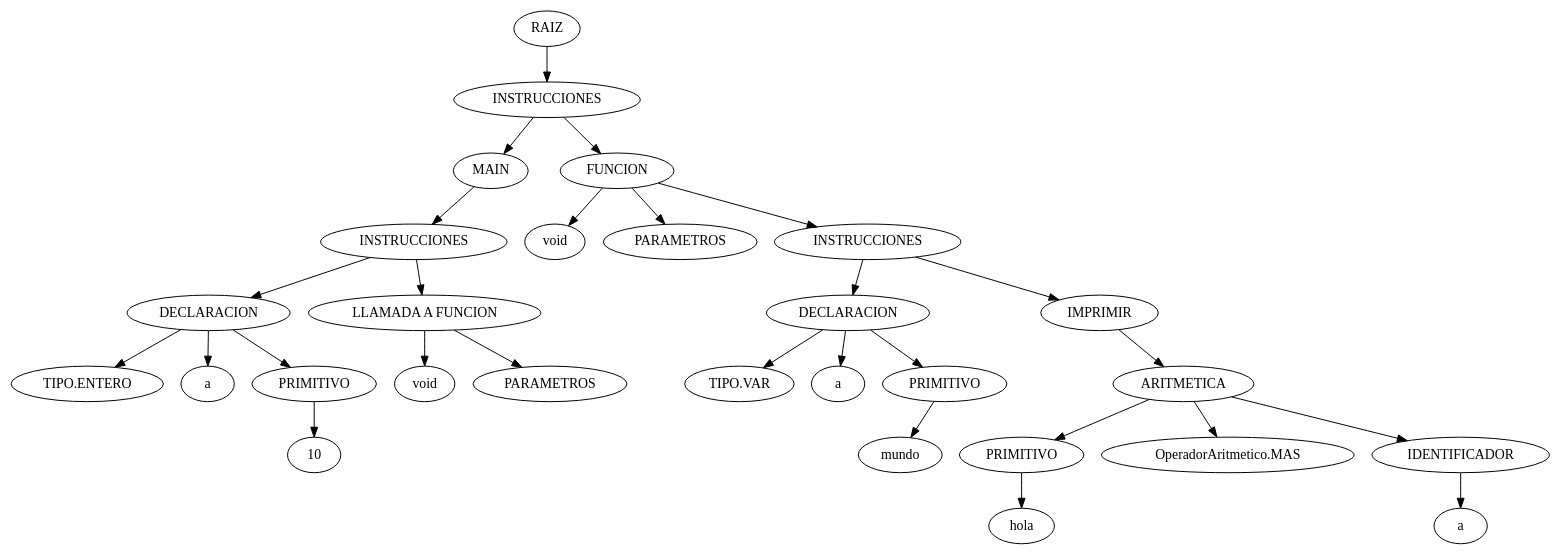
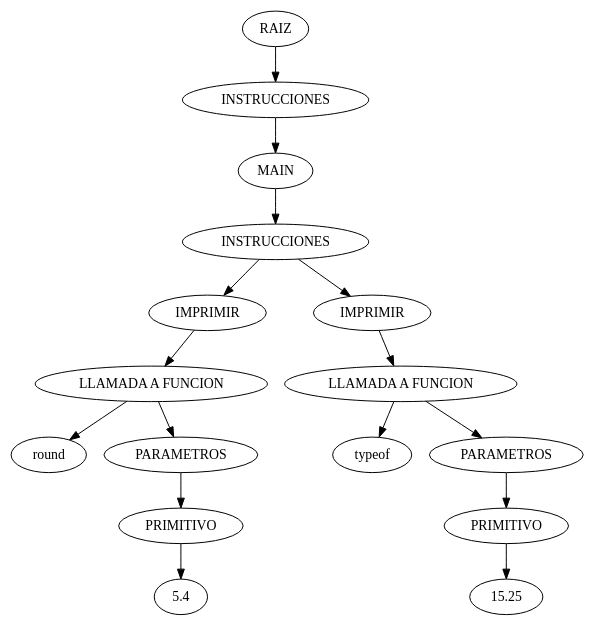
One commit to lexisbr/JPR changed the diagram in JPR_IDE/ast.dot. Above: the diagram before and after it, drawn with Graphviz. The commit also changed 26 other files, not shown here.

```diff
--- a/JPR_IDE/ast.dot
+++ b/JPR_IDE/ast.dot
@@ -1,57 +1,33 @@
 digraph {
 n0[label="RAIZ"];
 n1[label="INSTRUCCIONES"];
 n0->n1;
 n2[label="MAIN"];
 n1->n2;
 n3[label="INSTRUCCIONES"];
 n2->n3;
-n4[label="DECLARACION"];
+n4[label="IMPRIMIR"];
 n3->n4;
-n5[label="TIPO.ENTERO"];
+n5[label="LLAMADA A FUNCION"];
 n4->n5;
-n6[label="a"];
-n4->n6;
-n7[label="PRIMITIVO"];
-n4->n7;
-n8[label="10"];
+n6[label="round"];
+n5->n6;
+n7[label="PARAMETROS"];
+n5->n7;
+n8[label="PRIMITIVO"];
 n7->n8;
-n9[label="LLAMADA A FUNCION"];
-n3->n9;
-n10[label="void"];
-n9->n10;
-n11[label="PARAMETROS"];
-n9->n11;
-n12[label="FUNCION"];
-n1->n12;
-n13[label="void"];
-n12->n13;
-n14[label="PARAMETROS"];
-n12->n14;
-n15[label="INSTRUCCIONES"];
-n12->n15;
-n16[label="DECLARACION"];
-n15->n16;
-n17[label="TIPO.VAR"];
-n16->n17;
-n18[label="a"];
-n16->n18;
-n19[label="PRIMITIVO"];
-n16->n19;
-n20[label="mundo"];
-n19->n20;
-n21[label="IMPRIMIR"];
-n15->n21;
-n22[label="ARITMETICA"];
-n21->n22;
-n23[label="PRIMITIVO"];
-n22->n23;
-n24[label="hola "];
-n23->n24;
-n25[label="OperadorAritmetico.MAS"];
-n22->n25;
-n26[label="IDENTIFICADOR"];
-n22->n26;
-n27[label="a"];
-n26->n27;
+n9[label="5.4"];
+n8->n9;
+n10[label="IMPRIMIR"];
+n3->n10;
+n11[label="LLAMADA A FUNCION"];
+n10->n11;
+n12[label="typeof"];
+n11->n12;
+n13[label="PARAMETROS"];
+n11->n13;
+n14[label="PRIMITIVO"];
+n13->n14;
+n15[label="15.25"];
+n14->n15;
 }
```
